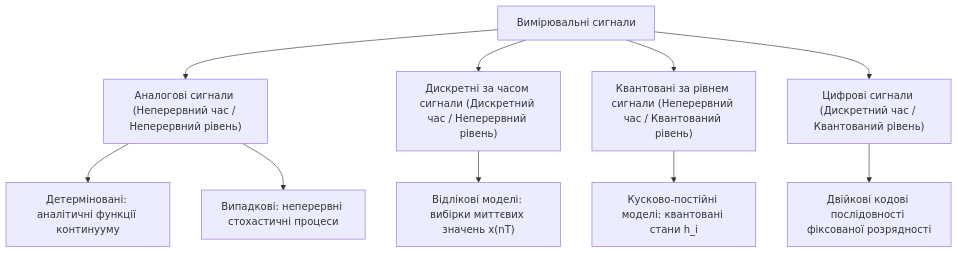
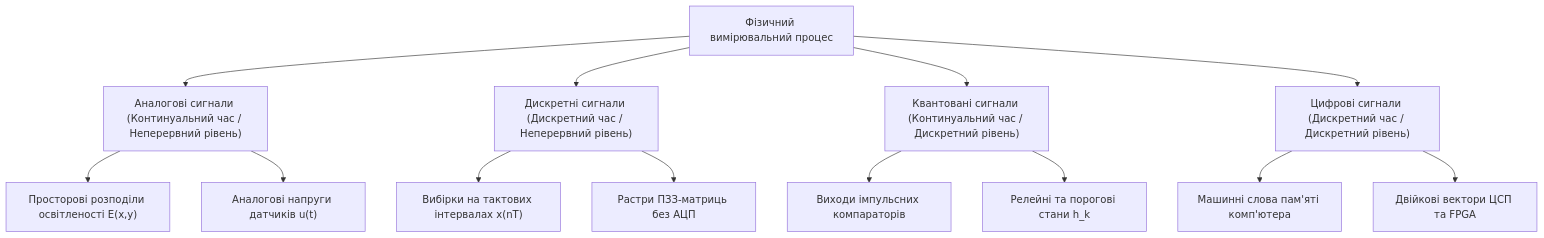
The first of 4 diagrams in docs/lk/lk1.md (KyryloVadurin/signal-image-processing), drawn with Mermaid before and after one commit. The commit also changed other lines of this file, not shown here.

````diff
--- a/docs/lk/lk1.md
+++ b/docs/lk/lk1.md
@@ -64,16 +64,19 @@
 ```mermaid
 flowchart TD
-    A["Вимірювальні сигнали"] --> B["Аналогові сигнали (Неперервний час / Неперервний рівень)"]
-    A --> C["Дискретні за часом сигнали (Дискретний час / Неперервний рівень)"]
-    A --> D["Квантовані за рівнем сигнали (Неперервний час / Квантований рівень)"]
-    A --> E["Цифрові сигнали (Дискретний час / Квантований рівень)"]
+    A["Фізичний вимірювальний процес"] --> B["Аналогові сигнали (Континуальний час / Неперервний рівень)"]
+    A --> C["Дискретні сигнали (Дискретний час / Неперервний рівень)"]
+    A --> D["Квантовані сигнали (Континуальний час / Дискретний рівень)"]
+    A --> E["Цифрові сигнали (Дискретний час / Дискретний рівень)"]
 
-    B --> B1["Детерміновані: аналітичні функції континууму"]
-    B --> B2["Випадкові: неперервні стохастичні процеси"]
+    B --> B1["Просторові розподіли освітленості E(x,y)"]
+    B --> B2["Аналогові напруги датчиків u(t)"]
 
-    C --> C1["Відлікові моделі: вибірки миттєвих значень x(nT)"]
-    
-    D --> D1["Кусково-постійні моделі: квантовані стани h_i"]
-    
-    E --> E1["Двійкові кодові послідовності фіксованої розрядності"]
+    C --> C1["Вибірки на тактових інтервалах x(nT)"]
+    C --> C2["Растри ПЗЗ-матриць без АЦП"]
+
+    D --> D1["Виходи імпульсних компараторів"]
+    D --> D2["Релейні та порогові стани h_k"]
+
+    E --> E1["Машинні слова пам'яті комп'ютера"]
+    E --> E2["Двійкові вектори ЦСП та FPGA"]
 ```
````
